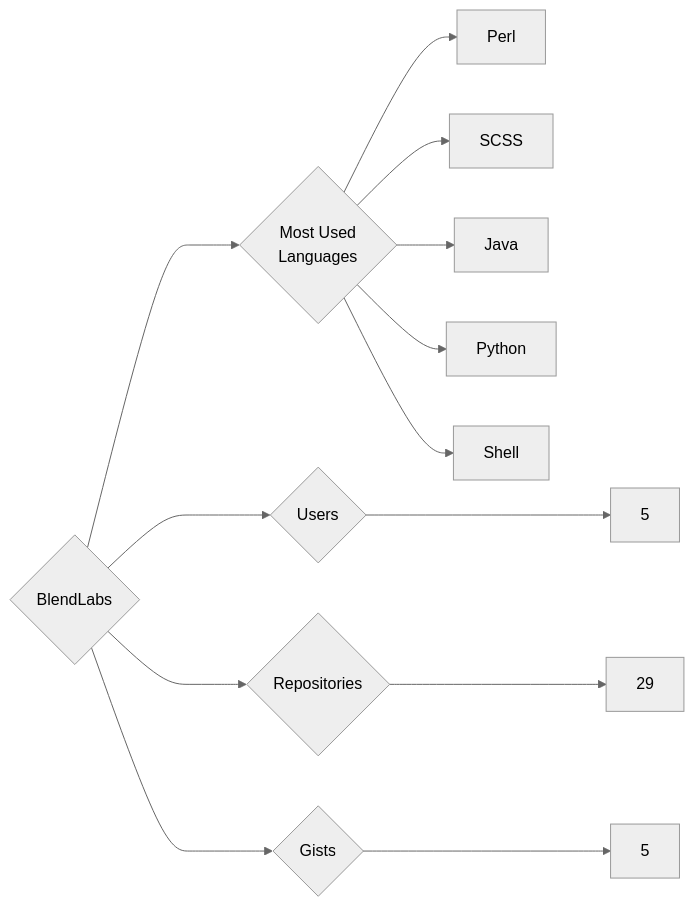
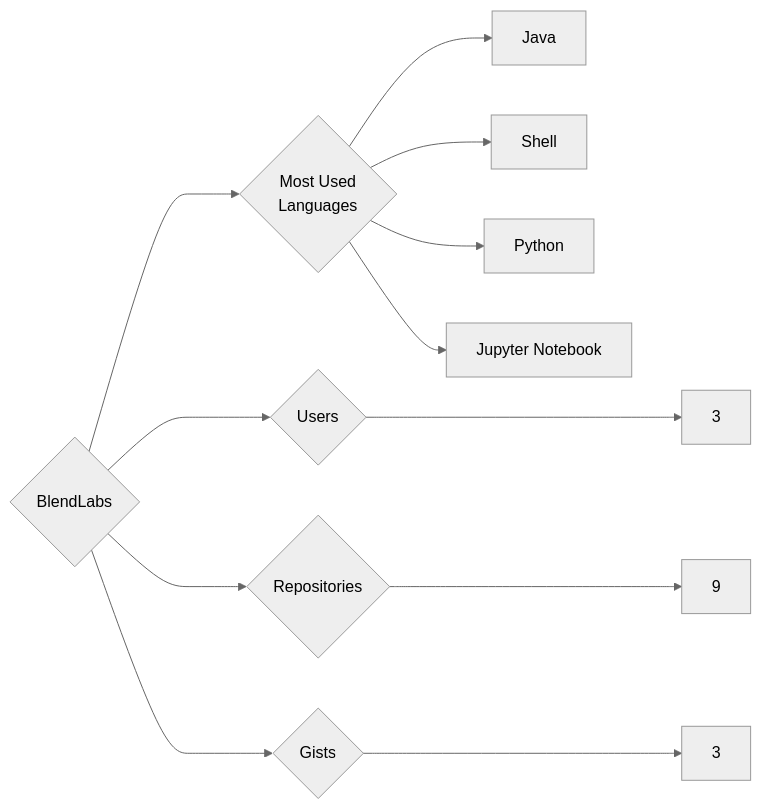
The diagram in targets/BlendLabs/README.md (trickest/insiders), drawn with Mermaid (neutral theme) before and after one commit. The commit also changed 1020 other files, not shown here.

````diff
--- a/targets/BlendLabs/README.md
+++ b/targets/BlendLabs/README.md
@@ -3,13 +3,12 @@
 ```mermaid
 graph LR
 COMPANY_NAME{BlendLabs}
-COMPANY_NAME ---> U{Users} ---> UN[5]
-COMPANY_NAME ---> R{Repositories} ---> RN[29]
-COMPANY_NAME ---> G{Gists} ---> GN[5]
+COMPANY_NAME ---> U{Users} ---> UN[3]
+COMPANY_NAME ---> R{Repositories} ---> RN[9]
+COMPANY_NAME ---> G{Gists} ---> GN[3]
 COMPANY_NAME ---> ML{Most Used<br>Languages}
-ML --> Perl[Perl]
-ML --> SCSS[SCSS]
 ML --> Java[Java]
+ML --> Shell[Shell]
 ML --> Python[Python]
-ML --> Shell[Shell]
+ML --> Jupyter_Notebook[Jupyter Notebook]
 ```
````
